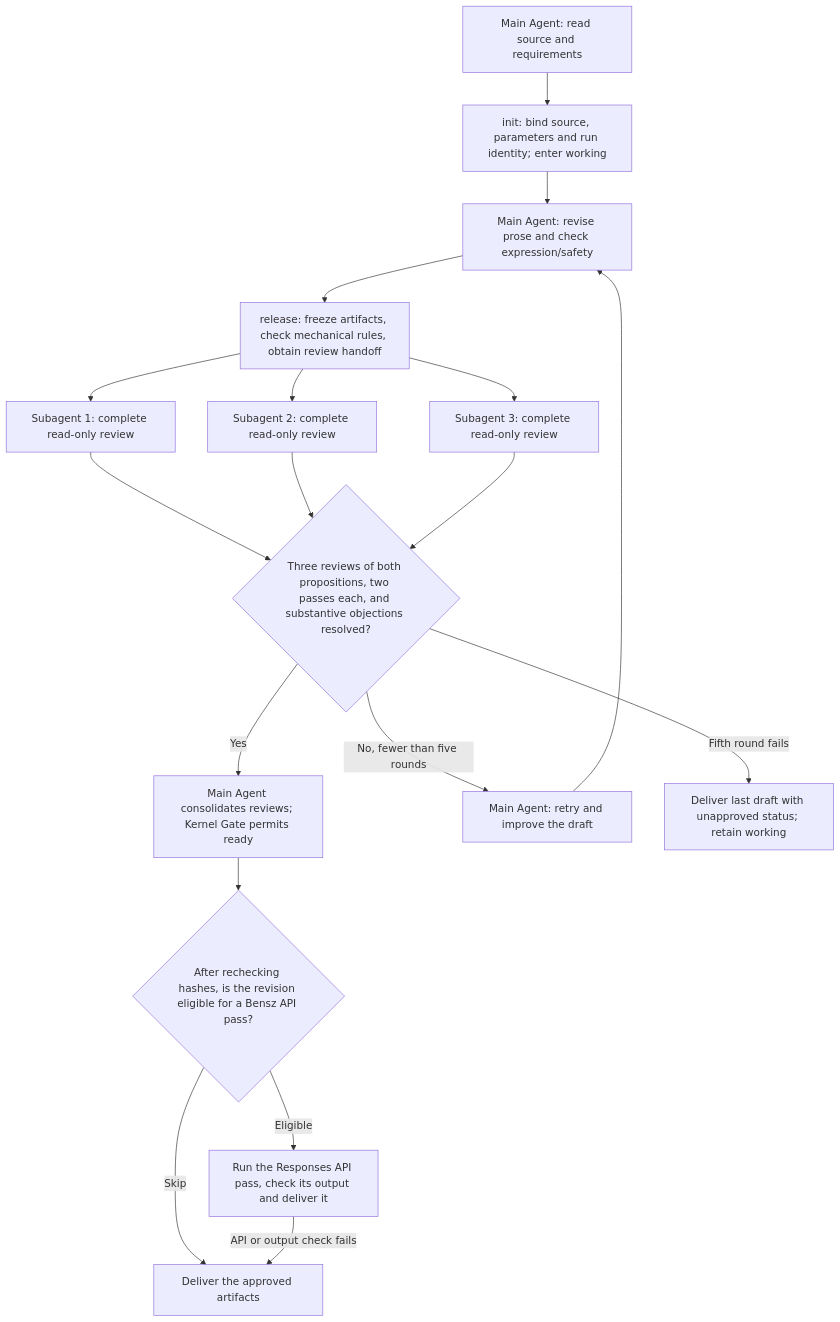
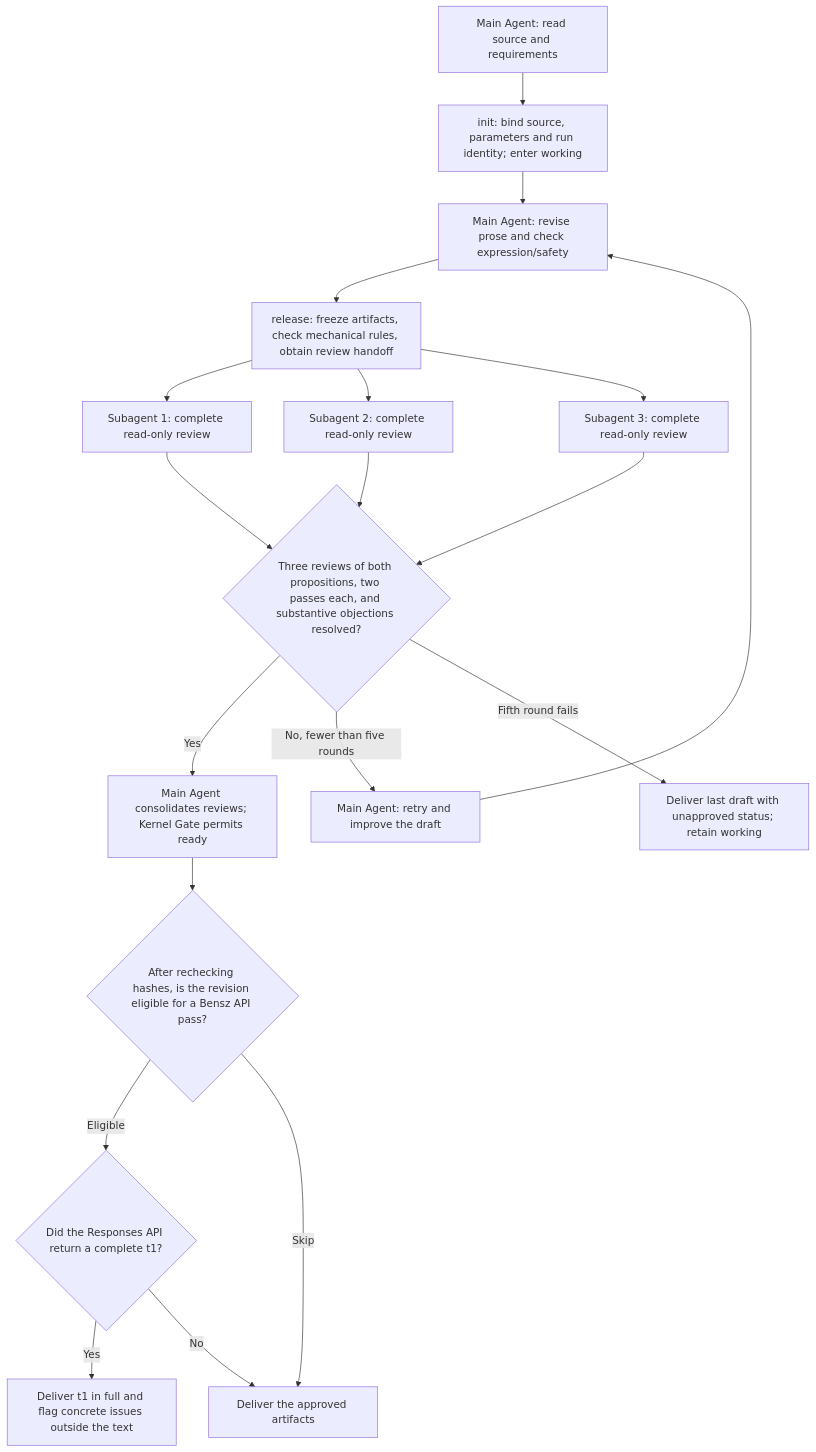
The diagram in skills/alpha/humanization/README_EN.md (huangwb8/skills), drawn with Mermaid before and after one commit. The commit also changed other lines of this file and 8 other files, not shown here.

````diff
--- a/skills/alpha/humanization/README_EN.md
+++ b/skills/alpha/humanization/README_EN.md
@@ -40,20 +40,21 @@
 ```mermaid
 flowchart TD
     A["Main Agent: read source and requirements"] --> B["init: bind source, parameters and run identity; enter working"]
     B --> C["Main Agent: revise prose and check expression/safety"]
     C --> D["release: freeze artifacts, check mechanical rules, obtain review handoff"]
     D --> R1["Subagent 1: complete read-only review"]
     D --> R2["Subagent 2: complete read-only review"]
     D --> R3["Subagent 3: complete read-only review"]
     R1 --> Q{"Three reviews of both propositions, two passes each, and substantive objections resolved?"}
     R2 --> Q
     R3 --> Q
     Q -->|Yes| G["Main Agent consolidates reviews; Kernel Gate permits ready"]
     G --> F{"After rechecking hashes, is the revision eligible for a Bensz API pass?"}
-    F -->|Eligible| P["Run the Responses API pass, check its output and deliver it"]
+    F -->|Eligible| P{"Did the Responses API return a complete t1?"}
+    P -->|Yes| T["Deliver t1 in full and flag concrete issues outside the text"]
     F -->|Skip| O["Deliver the approved artifacts"]
-    P -->|API or output check fails| O
+    P -->|No| O
     Q -->|No, fewer than five rounds| E["Main Agent: retry and improve the draft"]
     E --> C
     Q -->|Fifth round fails| X["Deliver last draft with unapproved status; retain working"]
 ```
````
